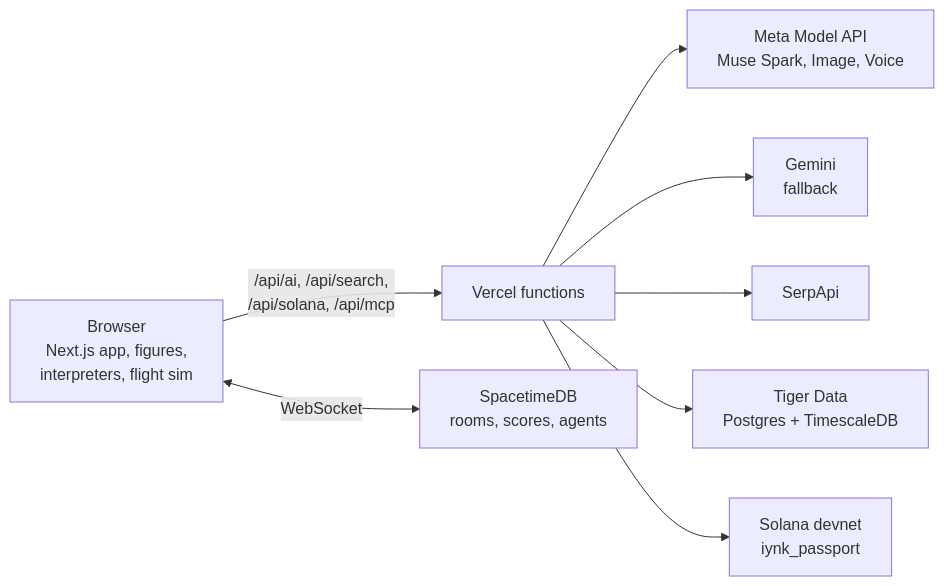
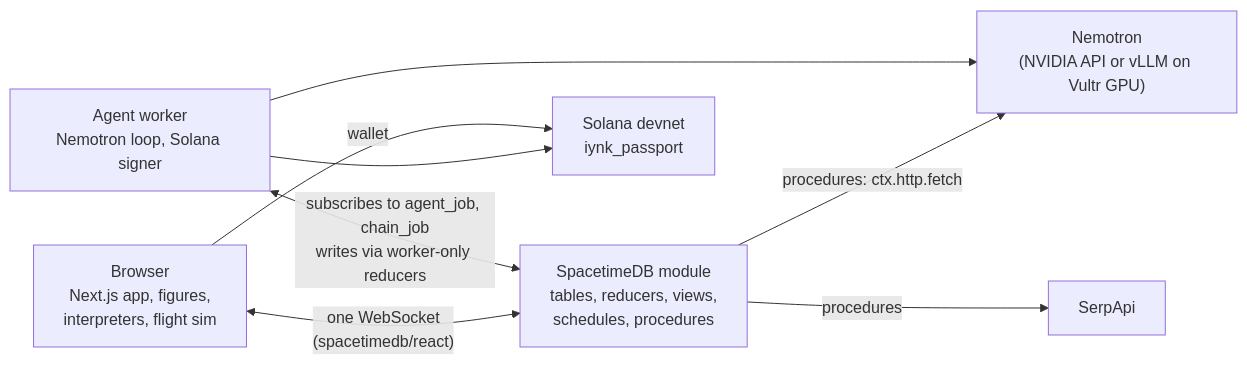
Before and after one commit to kushwahaamar-dev/utd: the diagram in README.md, drawn with Mermaid. The commit also changed other lines of this file and 1 other file, not shown here.

Commit message:
README and env example describe the SpacetimeDB, Nemotron, Solana and Vultr stack

````diff
--- a/README.md
+++ b/README.md
@@ -74,10 +74,10 @@
 ```mermaid
 flowchart LR
-  B["Browser<br/>Next.js app, figures,<br/>interpreters, flight sim"] -->|"/api/ai, /api/search,<br/>/api/solana, /api/mcp"| V["Vercel functions"]
-  B <-->|WebSocket| R["SpacetimeDB<br/>rooms, scores, agents"]
-  V --> M["Meta Model API<br/>Muse Spark, Image, Voice"]
-  V --> G["Gemini<br/>fallback"]
-  V --> S["SerpApi"]
-  V --> T["Tiger Data<br/>Postgres + TimescaleDB"]
-  V --> SOL["Solana devnet<br/>iynk_passport"]
+  B["Browser<br/>Next.js app, figures,<br/>interpreters, flight sim"] <-->|"one WebSocket<br/>(spacetimedb/react)"| S["SpacetimeDB module<br/>tables, reducers, views,<br/>schedules, procedures"]
+  S -->|"procedures: ctx.http.fetch"| N["Nemotron<br/>(NVIDIA API or vLLM on Vultr GPU)"]
+  S -->|procedures| P["SerpApi"]
+  W["Agent worker<br/>Nemotron loop, Solana signer"] <-->|"subscribes to agent_job, chain_job<br/>writes via worker-only reducers"| S
+  W --> N
+  W --> SOL["Solana devnet<br/>iynk_passport"]
+  B -->|wallet| SOL
 ```
````
